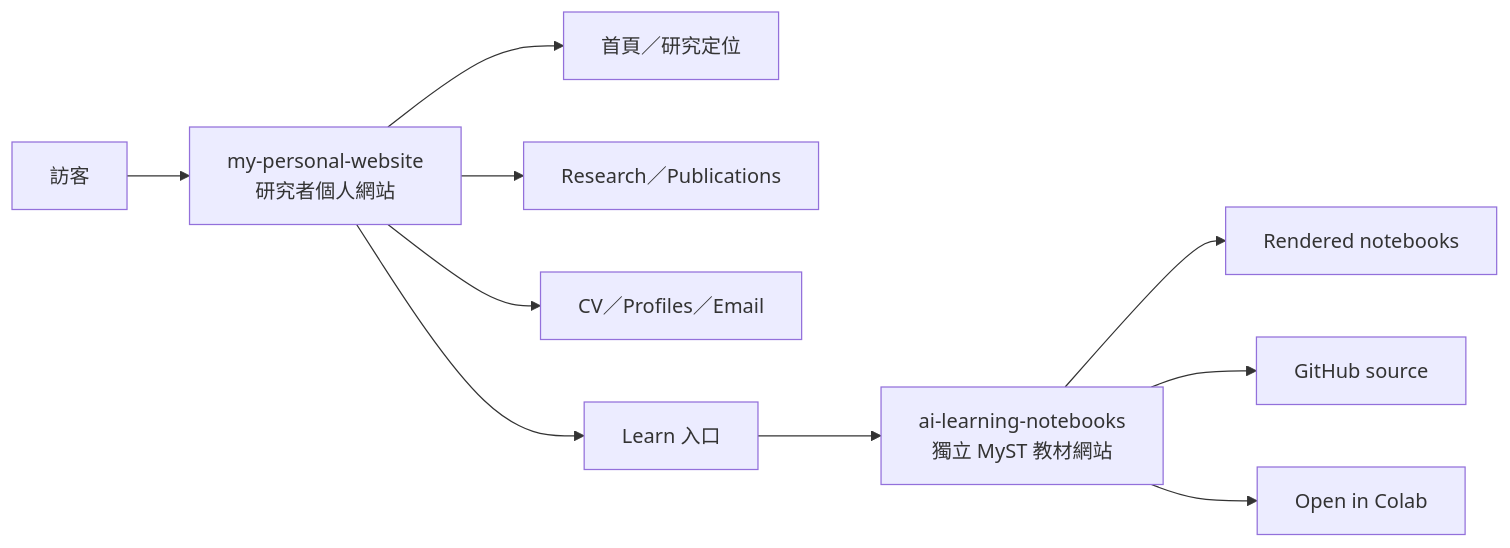
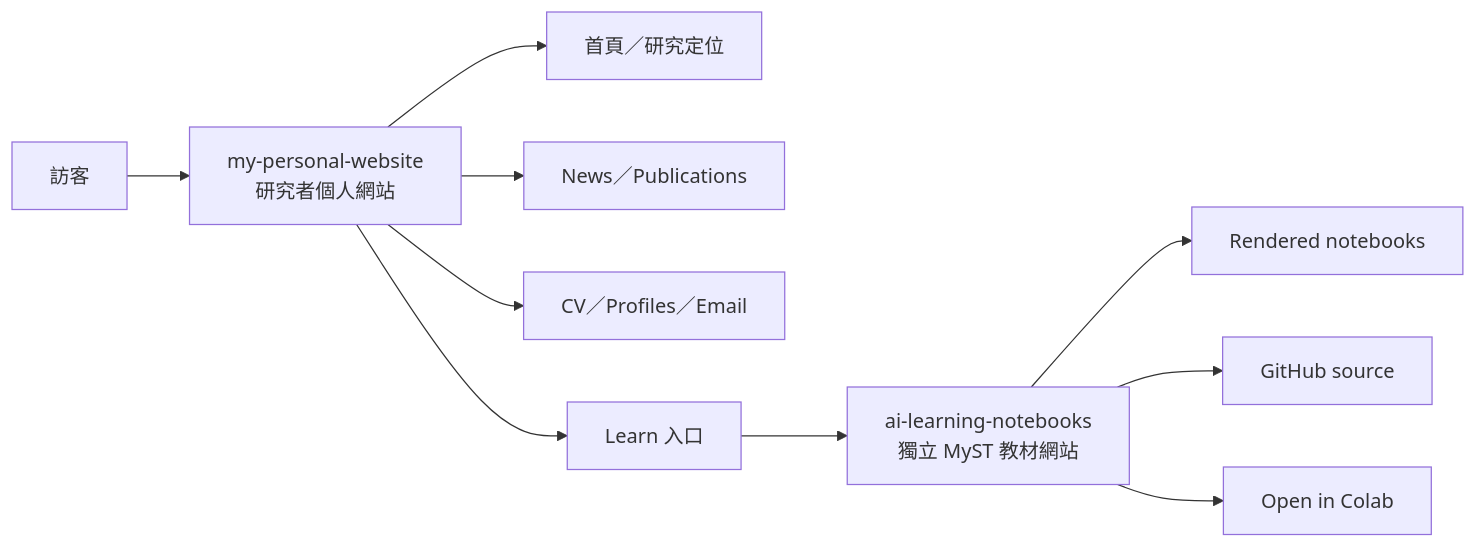
One commit to chungenyu6/my-personal-website changed the first of 2 diagrams in README.md. Above: the diagram before and after it, drawn with Mermaid. The commit also changed other lines of this file and 6 other files, not shown here.

````diff
--- a/README.md
+++ b/README.md
@@ -15,12 +15,12 @@
 ```mermaid
 flowchart LR
     V["訪客"] --> P["my-personal-website<br>研究者個人網站"]
     P --> H["首頁／研究定位"]
-    P --> R["Research／Publications"]
+    P --> R["News／Publications"]
     P --> C["CV／Profiles／Email"]
     P --> L["Learn 入口"]
     L --> M["ai-learning-notebooks<br>獨立 MyST 教材網站"]
     M --> N["Rendered notebooks"]
     M --> G["GitHub source"]
     M --> B["Open in Colab"]
 ```
````
